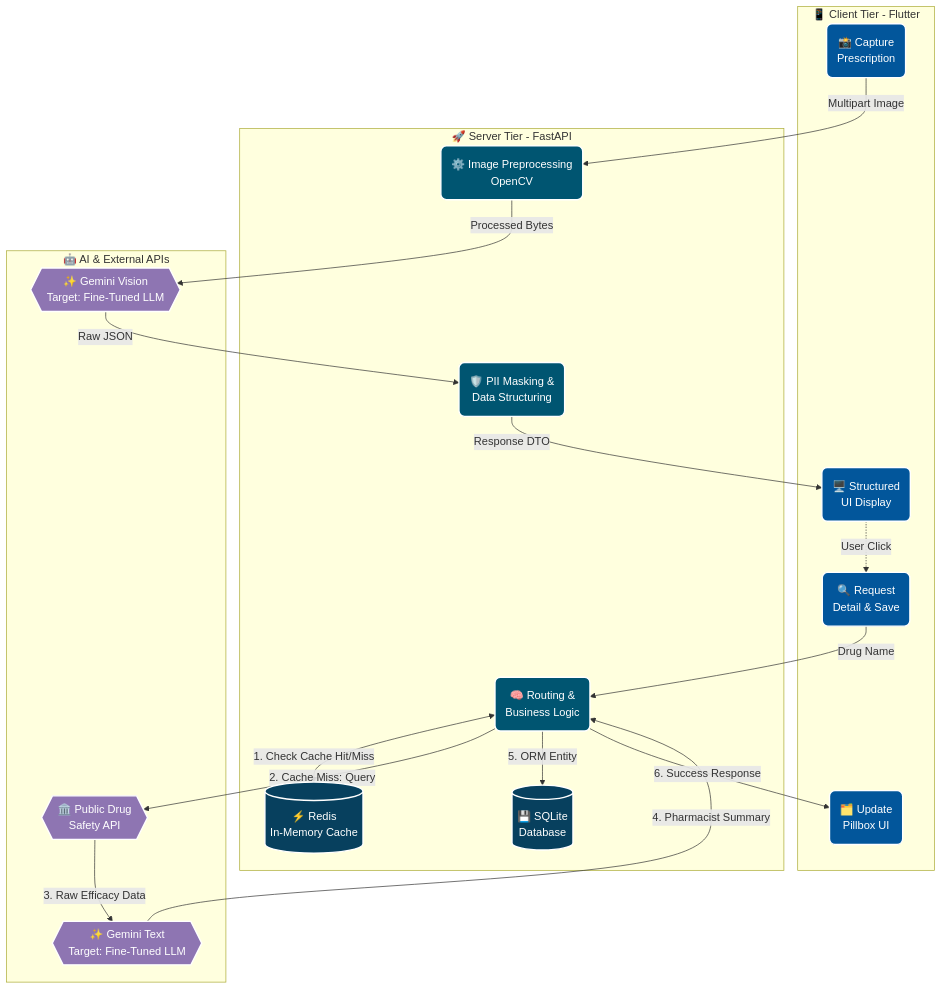
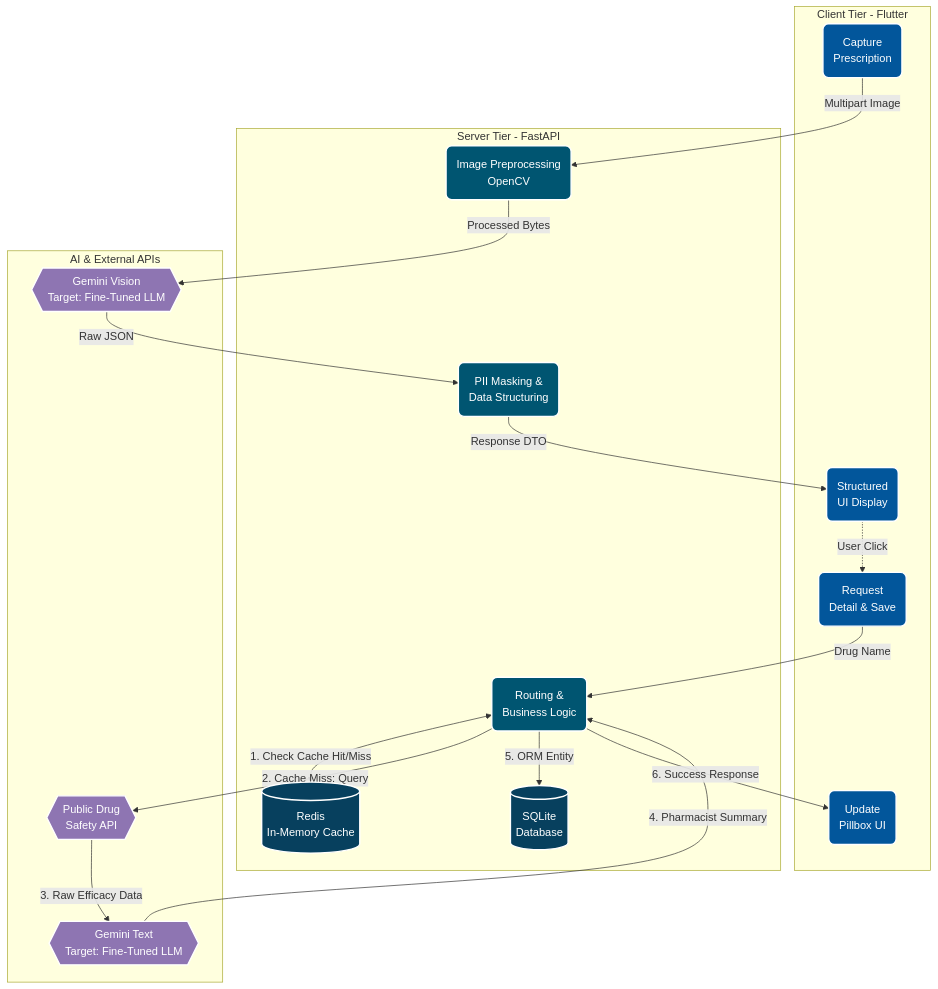
Before and after one commit to 1window2/MedBuddy: the first of 4 diagrams in README.md, drawn with Mermaid. The commit also changed other lines of this file, not shown here.

````diff
--- a/README.md
+++ b/README.md
@@ -40,45 +40,45 @@
 ```mermaid
 flowchart TD
     %% Custom Styling
     classDef client fill:#02569B,stroke:#fff,stroke-width:2px,color:#fff,rx:8px,ry:8px
     classDef server fill:#005571,stroke:#fff,stroke-width:2px,color:#fff,rx:8px,ry:8px
     classDef ai fill:#8E75B2,stroke:#fff,stroke-width:2px,color:#fff,rx:8px,ry:8px
     classDef db fill:#07405e,stroke:#fff,stroke-width:2px,color:#fff,rx:8px,ry:8px
 
-    subgraph Frontend [📱 Client Tier - Flutter]
-        C1(📸 Capture<br/>Prescription):::client
-        C2(🖥️ Structured<br/>UI Display):::client
-        C3(🔍 Request<br/>Detail & Save):::client
-        C4(🗂️ Update<br/>Pillbox UI):::client
+    subgraph Frontend [Client Tier - Flutter]
+        C1(Capture<br/>Prescription):::client
+        C2(Structured<br/>UI Display):::client
+        C3(Request<br/>Detail & Save):::client
+        C4(Update<br/>Pillbox UI):::client
     end
 
-    subgraph Backend [🚀 Server Tier - FastAPI]
-        S1(⚙️ Image Preprocessing<br/>OpenCV):::server
-        S2(🛡️ PII Masking &<br/>Data Structuring):::server
-        S3(🧠 Routing &<br/>Business Logic):::server
-        CACHE[(⚡ Redis<br/>In-Memory Cache)]:::db
-        DB[(💾 SQLite<br/>Database)]:::db
+    subgraph Backend [Server Tier - FastAPI]
+        S1(Image Preprocessing<br/>OpenCV):::server
+        S2(PII Masking &<br/>Data Structuring):::server
+        S3(Routing &<br/>Business Logic):::server
+        CACHE[(Redis<br/>In-Memory Cache)]:::db
+        DB[(SQLite<br/>Database)]:::db
     end
 
-    subgraph External [🤖 AI & External APIs]
-        AI1{{✨ Gemini Vision<br/>Target: Fine-Tuned LLM}}:::ai
-        PUB{{🏛️ Public Drug<br/>Safety API}}:::ai
-        AI2{{✨ Gemini Text<br/>Target: Fine-Tuned LLM}}:::ai
+    subgraph External [AI & External APIs]
+        AI1{{Gemini Vision<br/>Target: Fine-Tuned LLM}}:::ai
+        PUB{{Public Drug<br/>Safety API}}:::ai
+        AI2{{Gemini Text<br/>Target: Fine-Tuned LLM}}:::ai
     end
 
     %% Flow 1: Vision Parsing
     C1 -->|Multipart Image| S1
     S1 -->|Processed Bytes| AI1
     AI1 -->|Raw JSON| S2
     S2 -->|Response DTO| C2
 
     %% Flow 2: Detail & Save (Updated with Caching)
     C2 -.->|User Click| C3
     C3 -->|Drug Name| S3
     S3 <-->|1. Check Cache Hit/Miss| CACHE
     S3 -->|2. Cache Miss: Query| PUB
     PUB -->|3. Raw Efficacy Data| AI2
     AI2 -->|4. Pharmacist Summary| S3
     S3 -->|5. ORM Entity| DB
     S3 -->|6. Success Response| C4
 ```
````
